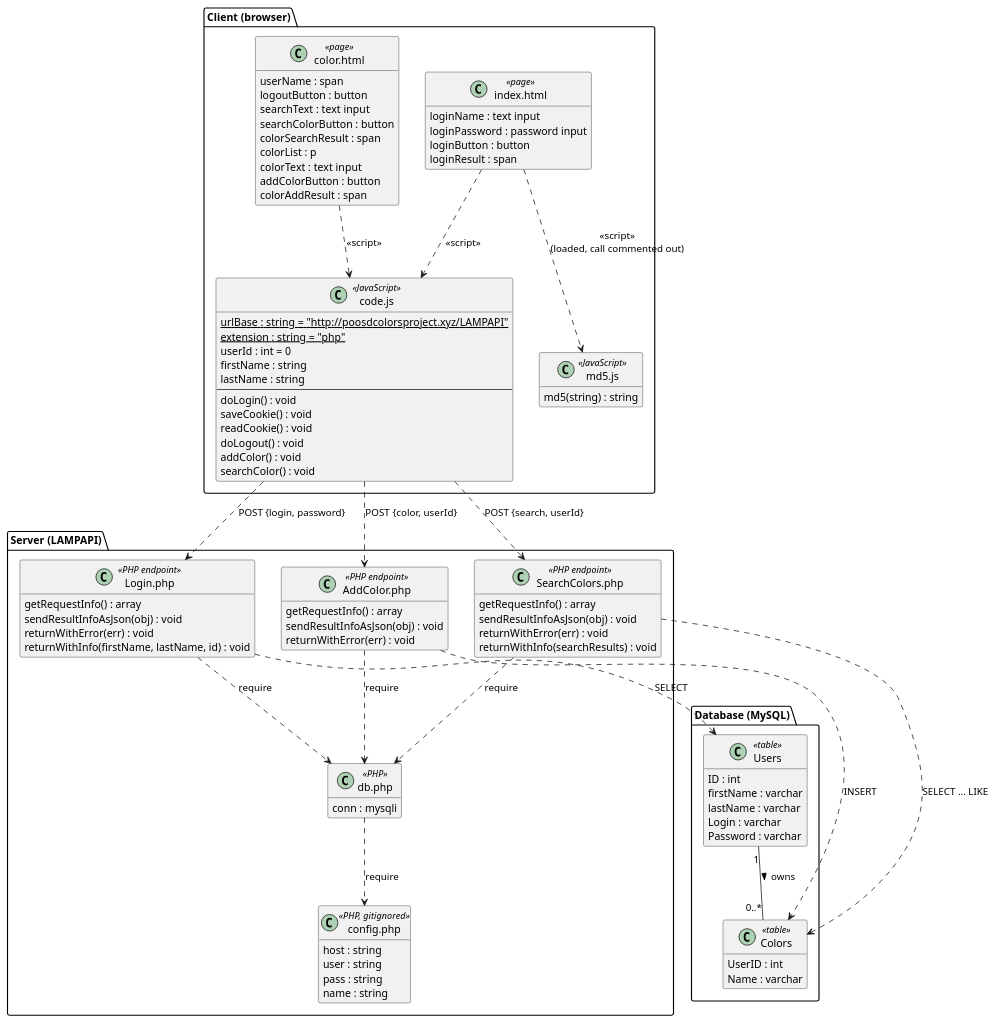
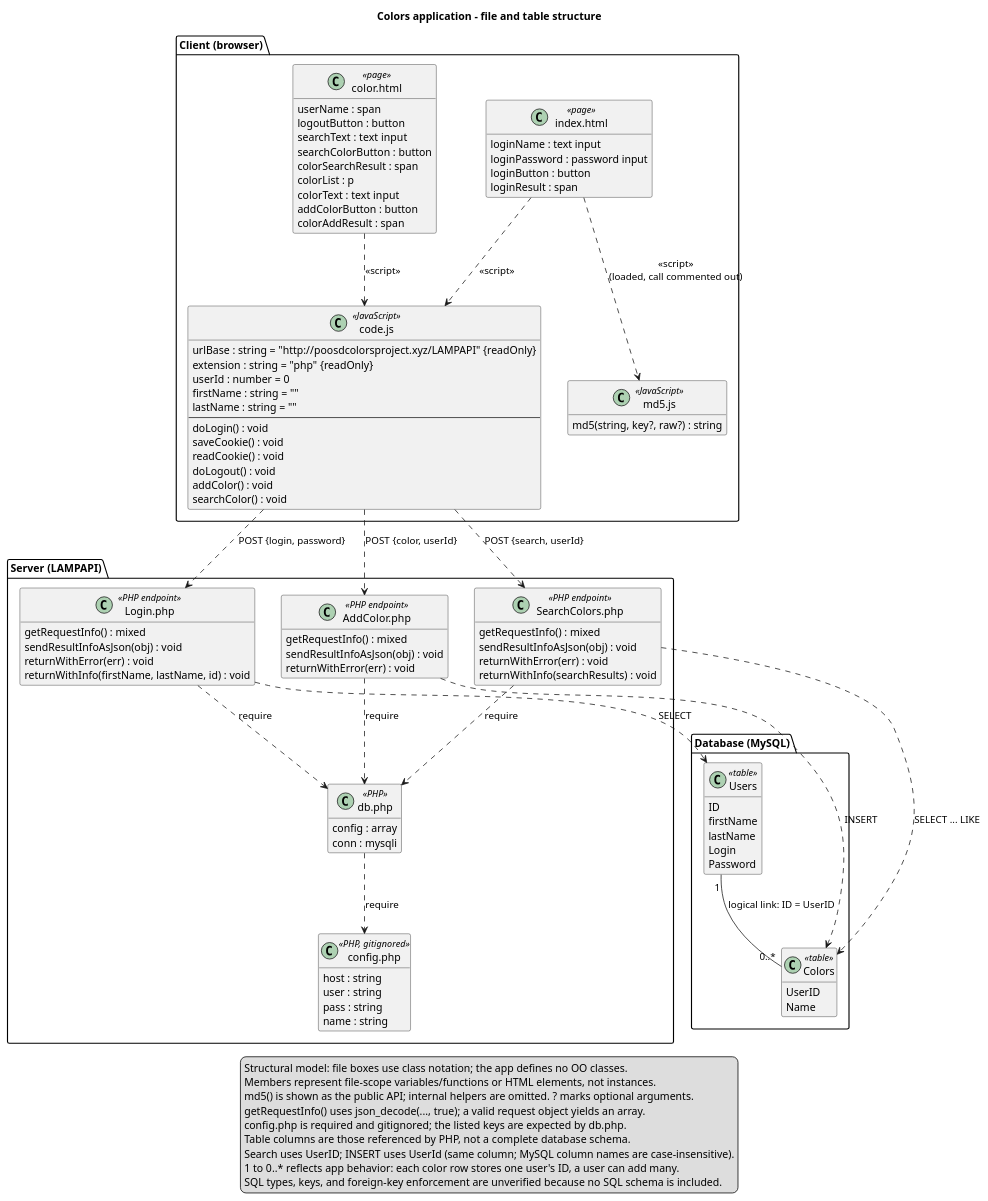
Before and after one commit to jbear05/colors-lab: the diagram in docs/uml/class.puml, drawn with PlantUML. The commit also changed 5 other files, not shown here.

First line of the commit message:
Refine UML diagrams to match implemented behavior

```diff
--- a/docs/uml/class.puml
+++ b/docs/uml/class.puml
@@ -1,113 +1,127 @@
 @startuml class
 ' Class Diagram - Colors web application
 ' The app has no OO classes; each file is modeled as a class with a stereotype.
+title Colors application - file and table structure
 skinparam classAttributeIconSize 0
 hide empty members
 
 package "Client (browser)" {
   class "index.html" as IndexPage <<page>> {
     loginName : text input
     loginPassword : password input
     loginButton : button
     loginResult : span
   }
 
   class "color.html" as ColorPage <<page>> {
     userName : span
     logoutButton : button
     searchText : text input
     searchColorButton : button
     colorSearchResult : span
     colorList : p
     colorText : text input
     addColorButton : button
     colorAddResult : span
   }
 
   class "code.js" as CodeJS <<JavaScript>> {
-    {static} urlBase : string = "http://poosdcolorsproject.xyz/LAMPAPI"
-    {static} extension : string = "php"
-    userId : int = 0
-    firstName : string
-    lastName : string
+    urlBase : string = "http://poosdcolorsproject.xyz/LAMPAPI" {readOnly}
+    extension : string = "php" {readOnly}
+    userId : number = 0
+    firstName : string = ""
+    lastName : string = ""
     --
     doLogin() : void
     saveCookie() : void
     readCookie() : void
     doLogout() : void
     addColor() : void
     searchColor() : void
   }
 
   class "md5.js" as MD5JS <<JavaScript>> {
-    md5(string) : string
+    md5(string, key?, raw?) : string
   }
 }
 
 package "Server (LAMPAPI)" {
   class "Login.php" as LoginAPI <<PHP endpoint>> {
-    getRequestInfo() : array
+    getRequestInfo() : mixed
     sendResultInfoAsJson(obj) : void
     returnWithError(err) : void
     returnWithInfo(firstName, lastName, id) : void
   }
 
   class "AddColor.php" as AddColorAPI <<PHP endpoint>> {
-    getRequestInfo() : array
+    getRequestInfo() : mixed
     sendResultInfoAsJson(obj) : void
     returnWithError(err) : void
   }
 
   class "SearchColors.php" as SearchAPI <<PHP endpoint>> {
-    getRequestInfo() : array
+    getRequestInfo() : mixed
     sendResultInfoAsJson(obj) : void
     returnWithError(err) : void
     returnWithInfo(searchResults) : void
   }
 
   class "db.php" as DB <<PHP>> {
+    config : array
     conn : mysqli
   }
 
   class "config.php" as Config <<PHP, gitignored>> {
     host : string
     user : string
     pass : string
     name : string
   }
 }
 
 package "Database (MySQL)" {
   class Users <<table>> {
-    ID : int
-    firstName : varchar
-    lastName : varchar
-    Login : varchar
-    Password : varchar
+    ID
+    firstName
+    lastName
+    Login
+    Password
   }
 
   class Colors <<table>> {
-    UserID : int
-    Name : varchar
+    UserID
+    Name
   }
 }
 
 IndexPage ..> CodeJS : <<script>>
 IndexPage ..> MD5JS : <<script>>\n(loaded, call commented out)
 ColorPage ..> CodeJS : <<script>>
 
 CodeJS ..> LoginAPI : POST {login, password}
 CodeJS ..> AddColorAPI : POST {color, userId}
 CodeJS ..> SearchAPI : POST {search, userId}
 
 LoginAPI ..> DB : require
 AddColorAPI ..> DB : require
 SearchAPI ..> DB : require
 DB ..> Config : require
 
 LoginAPI ..> Users : SELECT
 AddColorAPI ..> Colors : INSERT
 SearchAPI ..> Colors : SELECT ... LIKE
 
-Users "1" -- "0..*" Colors : owns >
+Users "1" -- "0..*" Colors : logical link: ID = UserID
+
+legend bottom
+  Structural model: file boxes use class notation; the app defines no OO classes.
+  Members represent file-scope variables/functions or HTML elements, not instances.
+  md5() is shown as the public API; internal helpers are omitted. ? marks optional arguments.
+  getRequestInfo() uses json_decode(..., true); a valid request object yields an array.
+  config.php is required and gitignored; the listed keys are expected by db.php.
+  Table columns are those referenced by PHP, not a complete database schema.
+  Search uses UserID; INSERT uses UserId (same column; MySQL column names are case-insensitive).
+  1 to 0..* reflects app behavior: each color row stores one user's ID, a user can add many.
+  SQL types, keys, and foreign-key enforcement are unverified because no SQL schema is included.
+end legend
 @enduml
```
